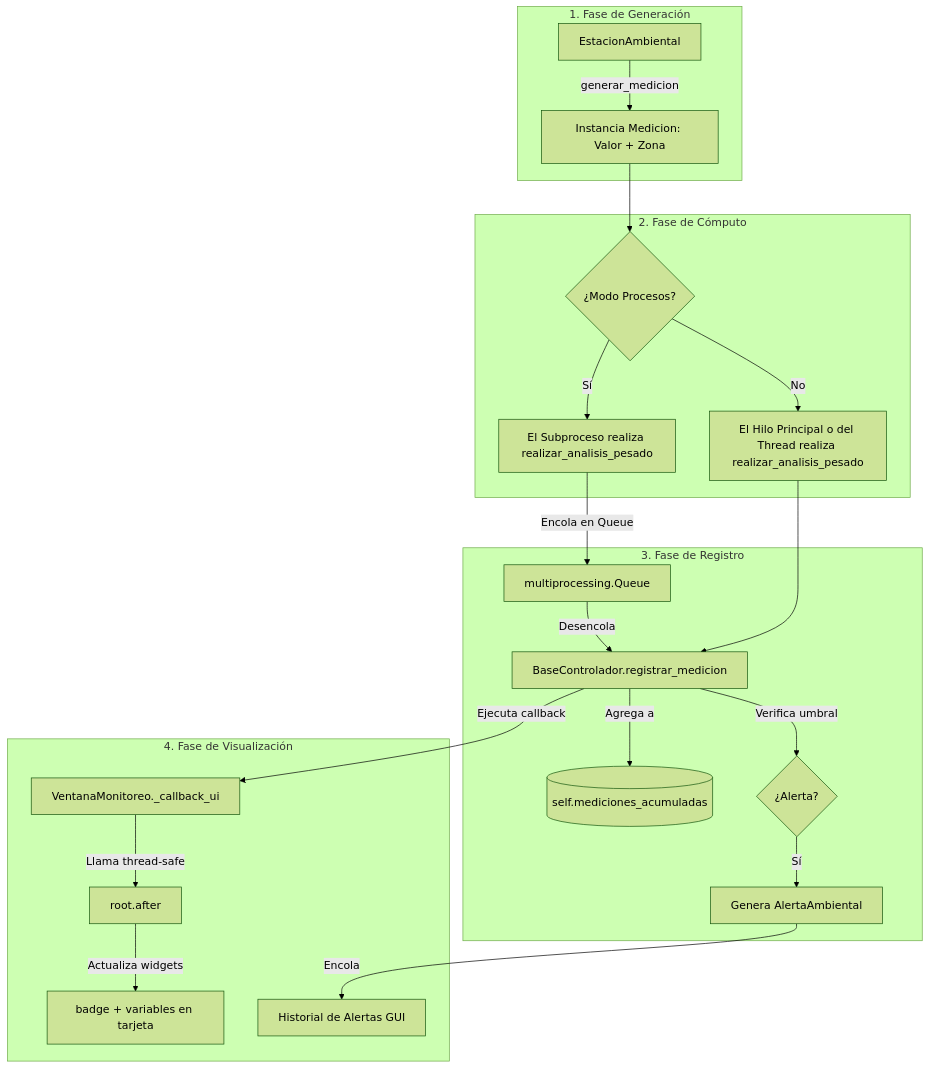
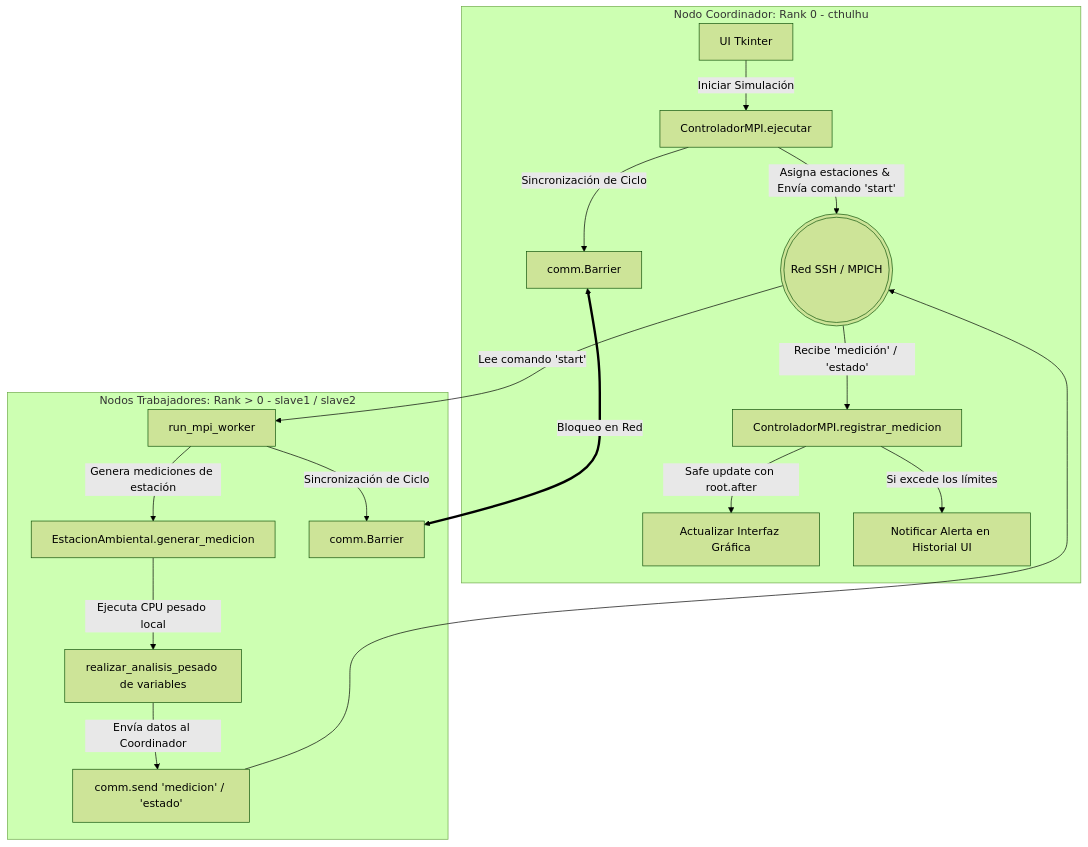
One commit to KarenS22/Simulador-Ambiental changed the diagram in explicacion.md. Above: the diagram before and after it, drawn with Mermaid (forest theme). The commit also changed other lines of this file and 4 other files, not shown here.

````diff
--- a/explicacion.md
+++ b/explicacion.md
@@ -71,28 +77,22 @@
 ```mermaid
 flowchart TD
-    subgraph Generacion [1. Fase de Generación]
-        A[EstacionAmbiental] -->|generar_medicion| B[Instancia Medicion: Valor + Zona]
+    subgraph Coordinador [Nodo Coordinador: Rank 0 - cthulhu]
+        A[UI Tkinter] -->|Iniciar Simulación| B[ControladorMPI.ejecutar]
+        B -->|Asigna estaciones & Envía comando 'start'| C(((Red SSH / MPICH)))
+        C -->|Recibe 'medición' / 'estado'| D[ControladorMPI.registrar_medicion]
+        D -->|Safe update con root.after| E[Actualizar Interfaz Gráfica]
+        D -->|Si excede los límites| F[Notificar Alerta en Historial UI]
+        B -->|Sincronización de Ciclo| G[comm.Barrier]
     end
 
-    subgraph Computo [2. Fase de Cómputo]
-        B --> C{¿Modo Procesos?}
-        C -->|Sí| D[El Subproceso realiza realizar_analisis_pesado]
-        C -->|No| E[El Hilo Principal o del Thread realiza realizar_analisis_pesado]
+    subgraph Trabajadores [Nodos Trabajadores: Rank > 0 - slave1 / slave2]
+        C -->|Lee comando 'start'| H[run_mpi_worker]
+        H -->|Genera mediciones de estación| I[EstacionAmbiental.generar_medicion]
+        I -->|Ejecuta CPU pesado local| J[realizar_analisis_pesado de variables]
+        J -->|Envía datos al Coordinador| K[comm.send 'medicion' / 'estado']
+        K --> C
+        H -->|Sincronización de Ciclo| L[comm.Barrier]
     end
-
-    subgraph Registro [3. Fase de Registro]
-        D -->|Encola en Queue| F[multiprocessing.Queue]
-        F -->|Desencola| G[BaseControlador.registrar_medicion]
-        E --> G
-        G -->|Agrega a| H[(self.mediciones_acumuladas)]
-        G -->|Verifica umbral| I{¿Alerta?}
-        I -->|Sí| J[Genera AlertaAmbiental]
-    end
-
-    subgraph UI [4. Fase de Visualización]
-        G -->|Ejecuta callback| K[VentanaMonitoreo._callback_ui]
-        K -->|Llama thread-safe| L[root.after]
-        L -->|Actualiza widgets| M[badge + variables en tarjeta]
-        J -->|Encola| N[Historial de Alertas GUI]
-    end
+    
+    G <===>|Bloqueo en Red| L
 ```
````
